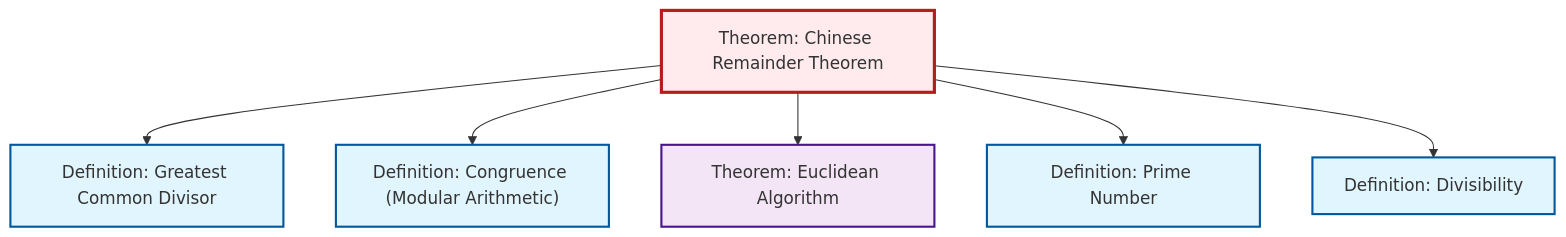
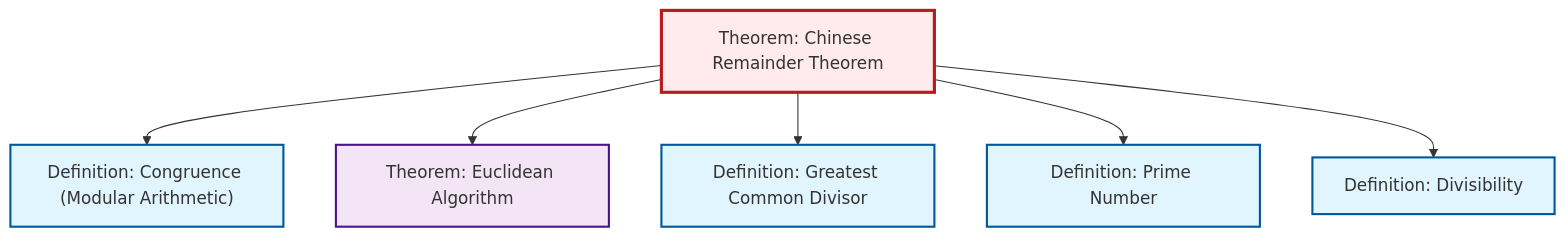
Before and after one commit to RK0429/ModernMath: the diagram in content/en/number-theory/thm-chinese-remainder.qmd, drawn with Mermaid. The commit also changed other lines of this file and 619 other files, not shown here.

````diff
--- a/content/en/number-theory/thm-chinese-remainder.qmd
+++ b/content/en/number-theory/thm-chinese-remainder.qmd
@@ -88,26 +88,26 @@
 ```{mermaid}
 %%| fig-cap: "Local dependency graph"
 graph TD
     classDef definition fill:#e1f5fe,stroke:#01579b,stroke-width:2px
     classDef theorem fill:#f3e5f5,stroke:#4a148c,stroke-width:2px
     classDef axiom fill:#fff3e0,stroke:#e65100,stroke-width:2px
     classDef example fill:#e8f5e9,stroke:#1b5e20,stroke-width:2px
     classDef current fill:#ffebee,stroke:#b71c1c,stroke-width:3px
+    def-congruence["Definition: Congruence (Modular Arithmetic)"]:::definition
     def-gcd["Definition: Greatest Common Divisor"]:::definition
-    def-congruence["Definition: Congruence (Modular Arithmetic)"]:::definition
+    def-divisibility["Definition: Divisibility"]:::definition
+    def-prime["Definition: Prime Number"]:::definition
+    thm-euclidean-algorithm["Theorem: Euclidean Algorithm"]:::theorem
     thm-chinese-remainder["Theorem: Chinese Remainder Theorem"]:::theorem
-    thm-euclidean-algorithm["Theorem: Euclidean Algorithm"]:::theorem
-    def-prime["Definition: Prime Number"]:::definition
-    def-divisibility["Definition: Divisibility"]:::definition
-    thm-chinese-remainder --> def-gcd
     thm-chinese-remainder --> def-congruence
     thm-chinese-remainder --> thm-euclidean-algorithm
+    thm-chinese-remainder --> def-gcd
     thm-chinese-remainder --> def-prime
     thm-chinese-remainder --> def-divisibility
     class thm-chinese-remainder current
+    click def-congruence "def-congruence.html" "Go to Congruence (Modular Arithmetic) definition"
     click def-gcd "def-gcd.html" "Go to Greatest Common Divisor definition"
-    click def-congruence "def-congruence.html" "Go to Congruence (Modular Arithmetic) definition"
+    click def-divisibility "def-divisibility.html" "Go to Divisibility definition"
+    click def-prime "def-prime.html" "Go to Prime Number definition"
     click thm-euclidean-algorithm "thm-euclidean-algorithm.html" "Go to Euclidean Algorithm theorem"
-    click def-prime "def-prime.html" "Go to Prime Number definition"
-    click def-divisibility "def-divisibility.html" "Go to Divisibility definition"
 ```
````
